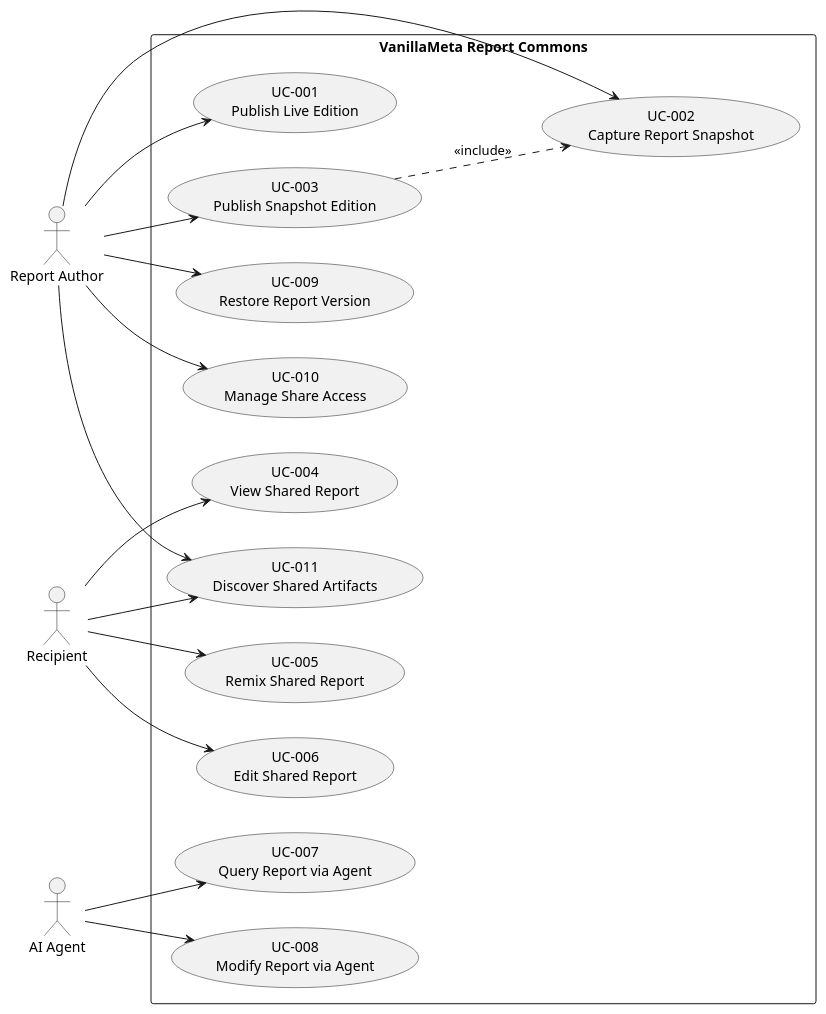
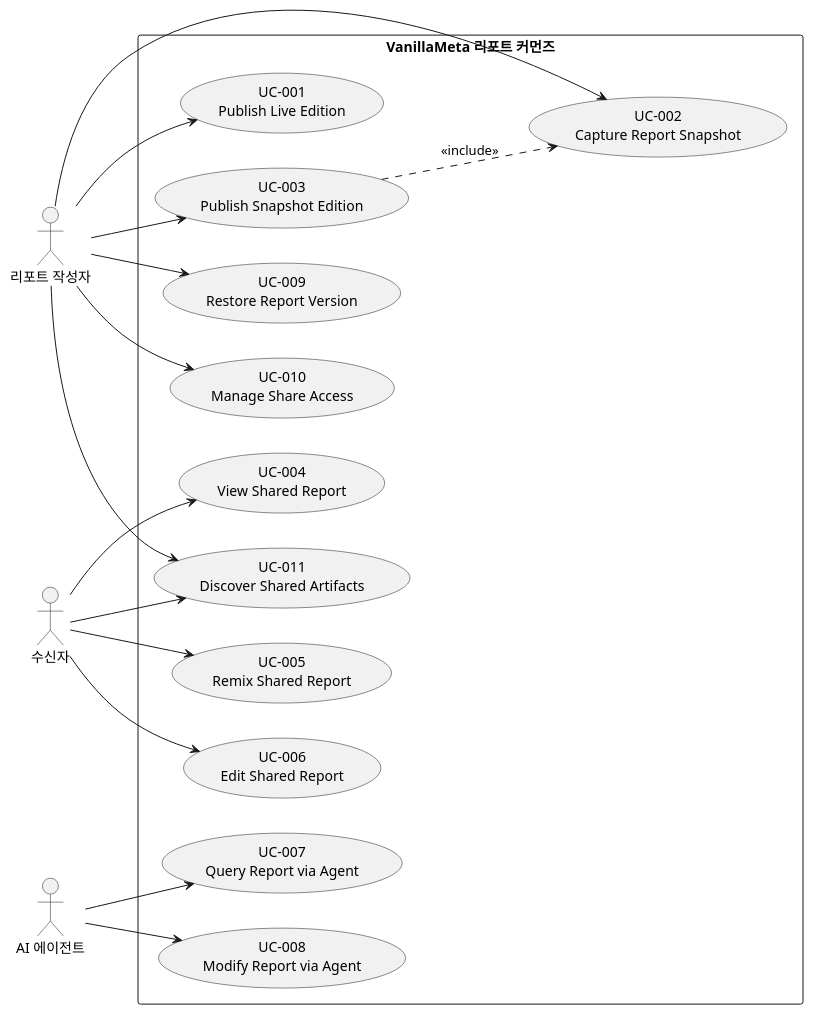
One commit to vanillabrain/vanillameta changed the diagram in docs/use_cases.puml. Above: the diagram before and after it, drawn with PlantUML. The commit also changed 15 other files, not shown here.

```diff
--- a/docs/use_cases.puml
+++ b/docs/use_cases.puml
@@ -1,36 +1,36 @@
-@startuml Use Cases Overview
+@startuml 유스케이스 개요
 left to right direction
 
-actor "Report Author" as author
-actor "Recipient" as recipient
-actor "AI Agent" as agent
+actor "리포트 작성자" as author
+actor "수신자" as recipient
+actor "AI 에이전트" as agent
 
-rectangle "VanillaMeta Report Commons" {
+rectangle "VanillaMeta 리포트 커먼즈" {
     usecase "UC-001\nPublish Live Edition" as UC001
     usecase "UC-002\nCapture Report Snapshot" as UC002
     usecase "UC-003\nPublish Snapshot Edition" as UC003
     usecase "UC-004\nView Shared Report" as UC004
     usecase "UC-005\nRemix Shared Report" as UC005
     usecase "UC-006\nEdit Shared Report" as UC006
     usecase "UC-007\nQuery Report via Agent" as UC007
     usecase "UC-008\nModify Report via Agent" as UC008
     usecase "UC-009\nRestore Report Version" as UC009
     usecase "UC-010\nManage Share Access" as UC010
     usecase "UC-011\nDiscover Shared Artifacts" as UC011
 }
 
 author --> UC001
 author --> UC002
 author --> UC003
 author --> UC009
 author --> UC010
 author --> UC011
 recipient --> UC004
 recipient --> UC005
 recipient --> UC006
 recipient --> UC011
 agent --> UC007
 agent --> UC008
 
 UC003 ..> UC002 : <<include>>
 @enduml
```
